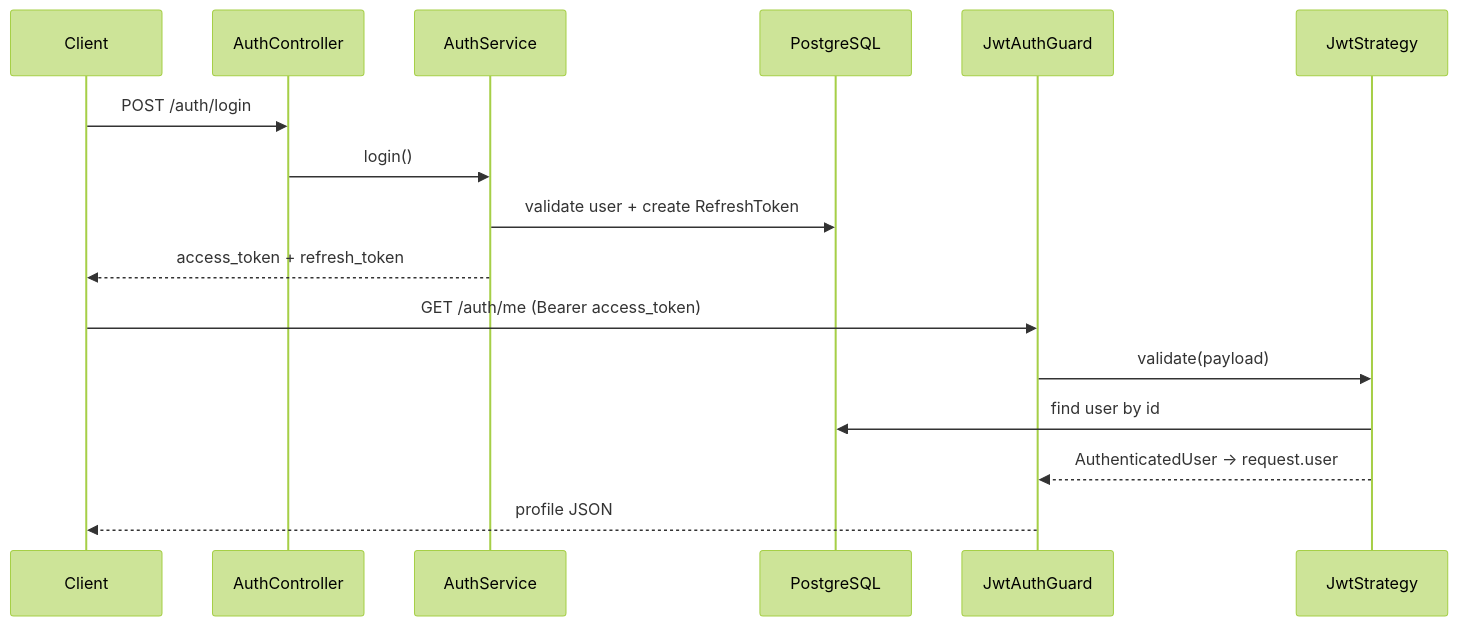
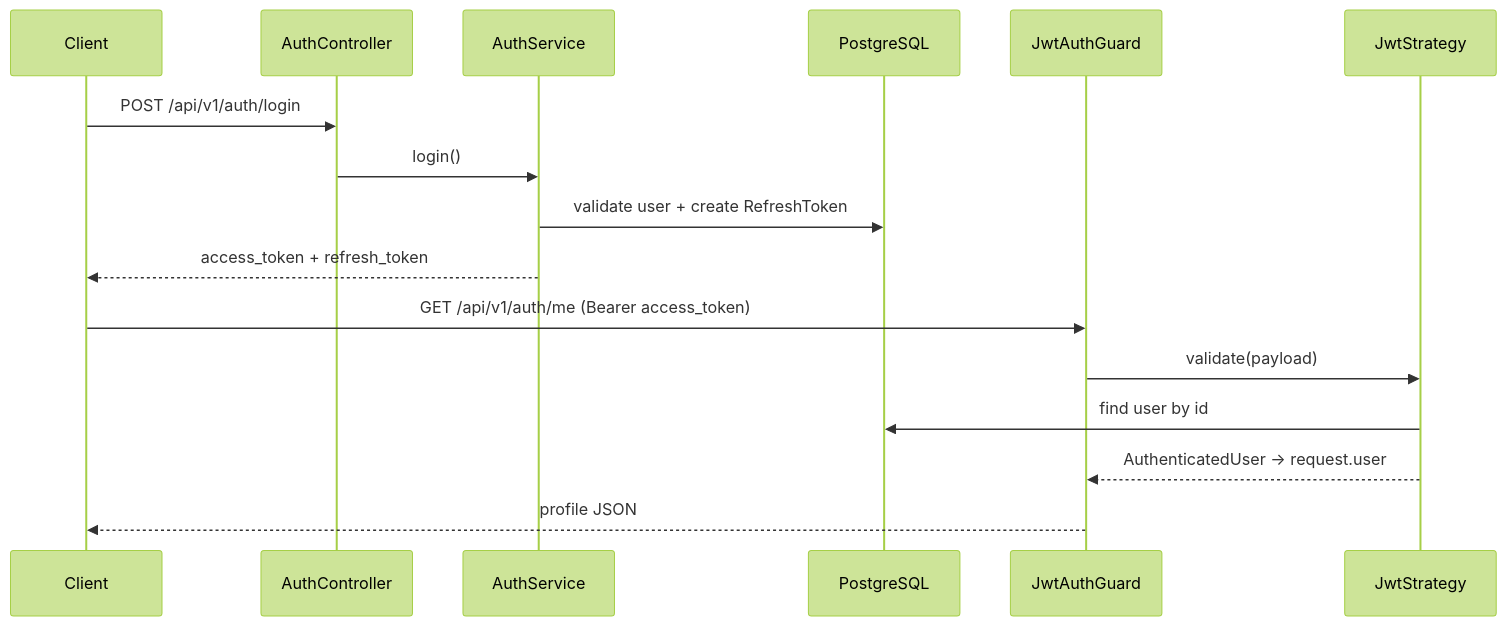
One commit to TETSUYA-Weeraluk/nestjs-learning-2026 changed the diagram in README.md. Above: the diagram before and after it, drawn with Mermaid (forest theme). The commit also changed other lines of this file and 24 other files, not shown here.

````diff
--- a/README.md
+++ b/README.md
@@ -194,20 +203,20 @@
 ```mermaid
 sequenceDiagram
   participant C as Client
   participant AC as AuthController
   participant AS as AuthService
   participant DB as PostgreSQL
   participant G as JwtAuthGuard
   participant S as JwtStrategy
 
-  C->>AC: POST /auth/login
+  C->>AC: POST /api/v1/auth/login
   AC->>AS: login()
   AS->>DB: validate user + create RefreshToken
   AS-->>C: access_token + refresh_token
 
-  C->>G: GET /auth/me (Bearer access_token)
+  C->>G: GET /api/v1/auth/me (Bearer access_token)
   G->>S: validate(payload)
   S->>DB: find user by id
   S-->>G: AuthenticatedUser → request.user
   G-->>C: profile JSON
 ```
````
